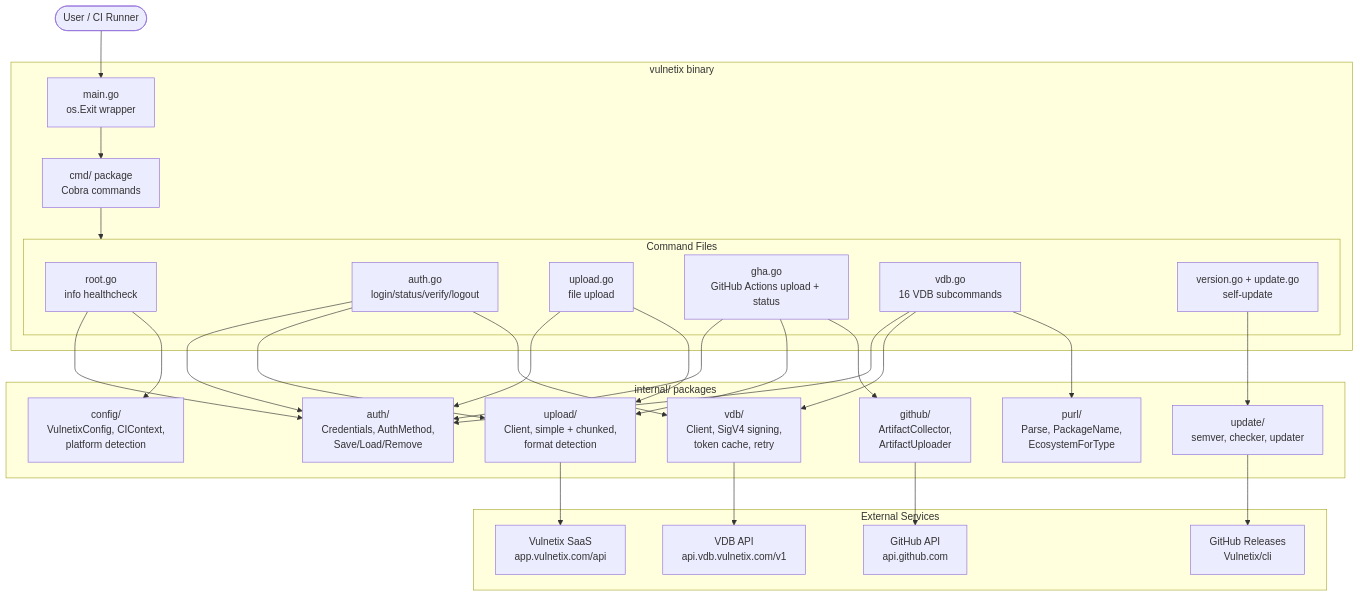
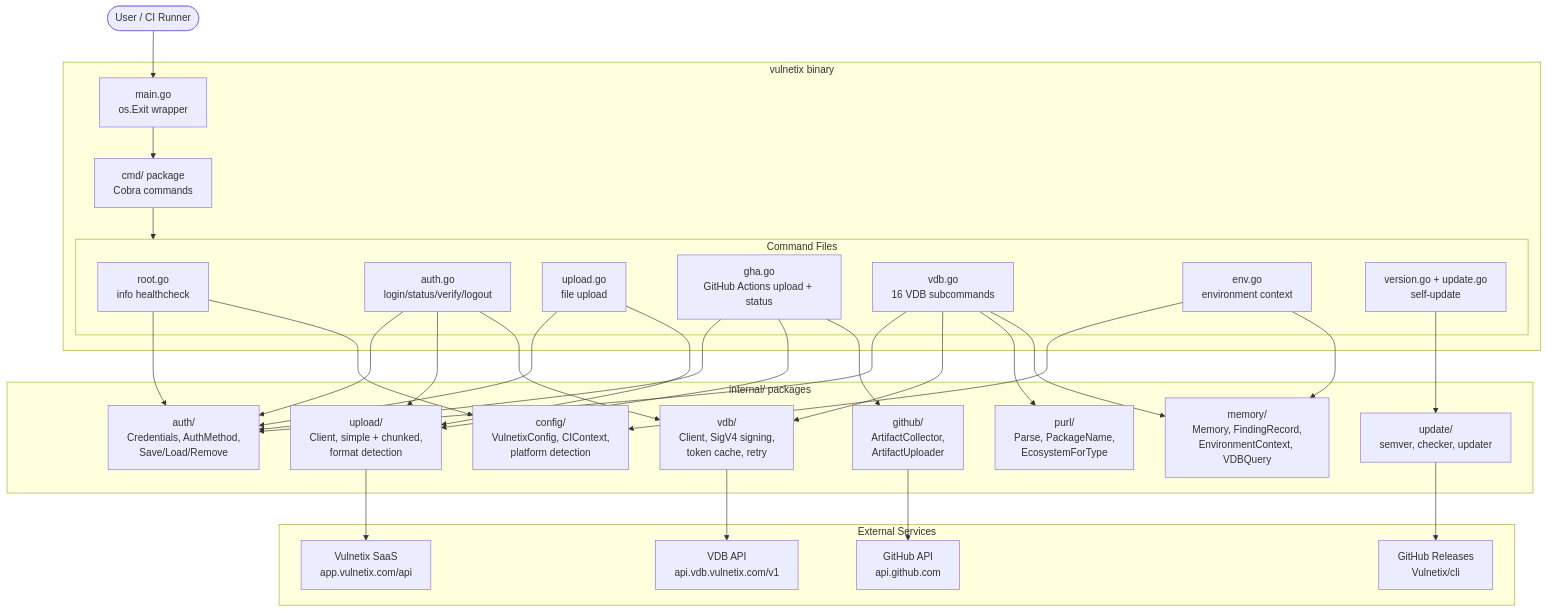
Before and after one commit to Vulnetix/cli: the first of 6 diagrams in _system.md, drawn with Mermaid. The commit also changed other lines of this file and 21 other files, not shown here.

````diff
--- a/_system.md
+++ b/_system.md
@@ -41,50 +128,53 @@
 ```mermaid
 graph TB
     User([User / CI Runner])
 
     subgraph CLI["vulnetix binary"]
         Main["main.go<br/>os.Exit wrapper"]
         Cobra["cmd/ package<br/>Cobra commands"]
 
         subgraph Commands["Command Files"]
             Root["root.go<br/>info healthcheck"]
             Auth["auth.go<br/>login/status/verify/logout"]
             Upload["upload.go<br/>file upload"]
             GHA["gha.go<br/>GitHub Actions upload + status"]
             VDB["vdb.go<br/>16 VDB subcommands"]
+            Env["env.go<br/>environment context"]
             Version["version.go + update.go<br/>self-update"]
         end
     end
 
     subgraph Internal["internal/ packages"]
         AuthPkg["auth/<br/>Credentials, AuthMethod,<br/>Save/Load/Remove"]
         ConfigPkg["config/<br/>VulnetixConfig, CIContext,<br/>platform detection"]
+        MemoryPkg["memory/<br/>Memory, FindingRecord,<br/>EnvironmentContext, VDBQuery"]
         UploadPkg["upload/<br/>Client, simple + chunked,<br/>format detection"]
         VDBPkg["vdb/<br/>Client, SigV4 signing,<br/>token cache, retry"]
         GHPkg["github/<br/>ArtifactCollector,<br/>ArtifactUploader"]
         PURLPkg["purl/<br/>Parse, PackageName,<br/>EcosystemForType"]
         UpdatePkg["update/<br/>semver, checker, updater"]
     end
 
     subgraph External["External Services"]
         VDBApi["VDB API<br/>api.vdb.vulnetix.com/v1"]
         AppApi["Vulnetix SaaS<br/>app.vulnetix.com/api"]
         GHAPI["GitHub API<br/>api.github.com"]
         GHReleases["GitHub Releases<br/>Vulnetix/cli"]
     end
 
     User --> Main --> Cobra
     Cobra --> Commands
 
     Root --> AuthPkg & ConfigPkg
     Auth --> AuthPkg & UploadPkg & VDBPkg
     Upload --> AuthPkg & UploadPkg
     GHA --> AuthPkg & UploadPkg & GHPkg
-    VDB --> AuthPkg & VDBPkg & PURLPkg
+    VDB --> AuthPkg & VDBPkg & PURLPkg & MemoryPkg
+    Env --> ConfigPkg & MemoryPkg
     Version --> UpdatePkg
 
     VDBPkg --> VDBApi
     UploadPkg --> AppApi
     GHPkg --> GHAPI
     UpdatePkg --> GHReleases
 ```
````
